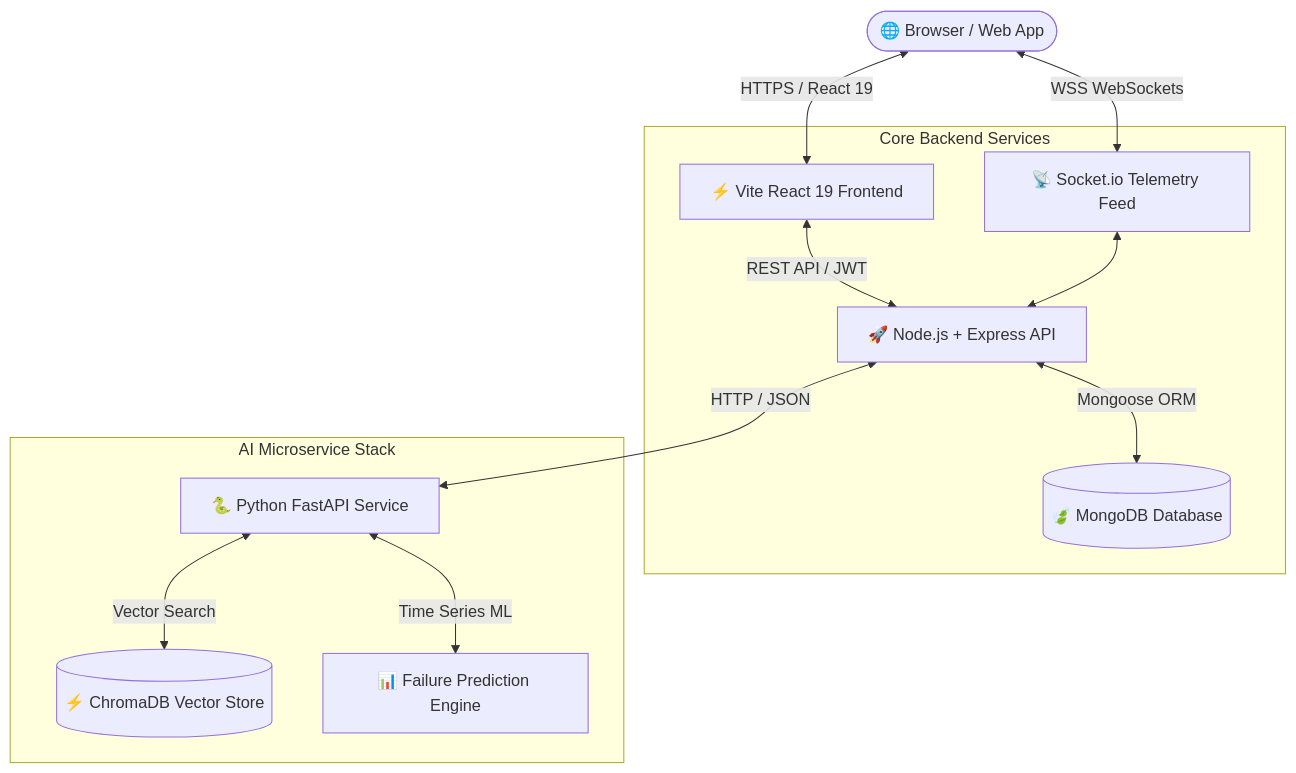
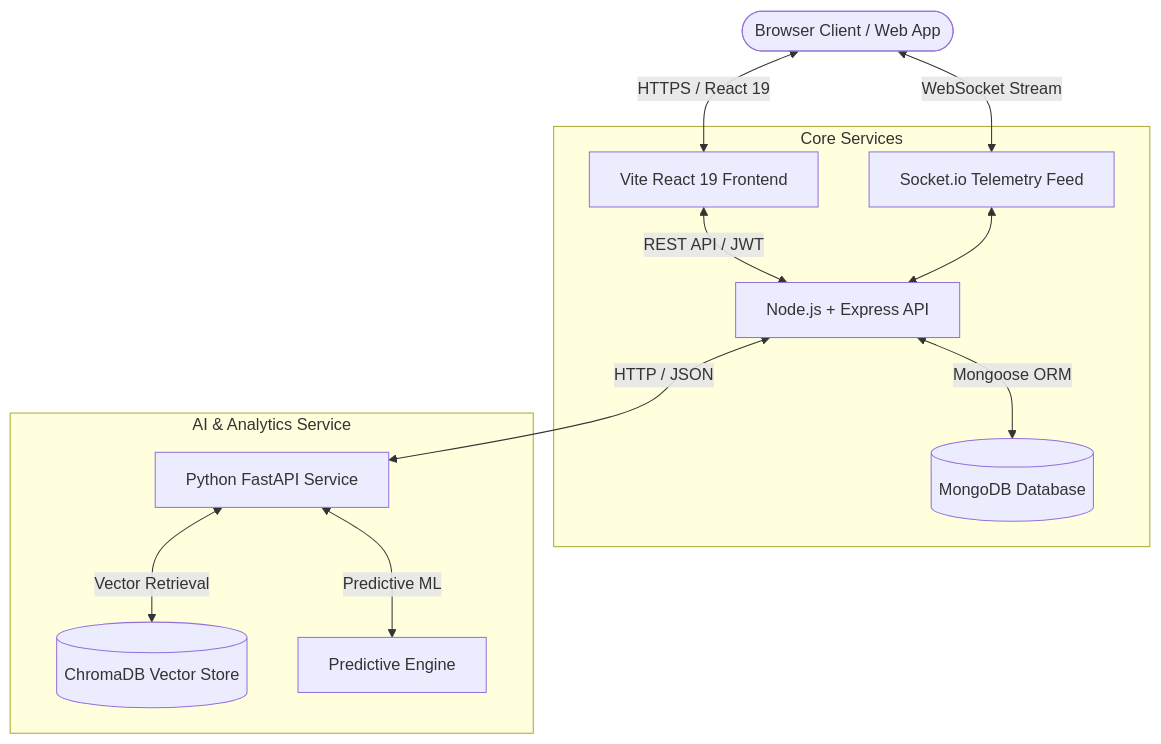
The diagram in README.md (GVBharadwaj18/FleetFlow), drawn with Mermaid before and after one commit. The commit also changed other lines of this file, not shown here.

````diff
--- a/README.md
+++ b/README.md
@@ -31,17 +32,17 @@
 ```mermaid
 graph TD
-    User([🌐 Browser / Web App]) <-->|HTTPS / React 19| Vite[⚡ Vite React 19 Frontend]
-    User <-->|WSS WebSockets| TelemetryStream[📡 Socket.io Telemetry Feed]
+    User([Browser Client / Web App]) <-->|HTTPS / React 19| Vite[Vite React 19 Frontend]
+    User <-->|WebSocket Stream| TelemetryStream[Socket.io Telemetry Feed]
 
-    subgraph Core Backend Services
-        Vite <-->|REST API / JWT| NodeBackend[🚀 Node.js + Express API]
-        NodeBackend <-->|Mongoose ORM| MongoDB[(🍃 MongoDB Database)]
+    subgraph Core Services
+        Vite <-->|REST API / JWT| NodeBackend[Node.js + Express API]
+        NodeBackend <-->|Mongoose ORM| MongoDB[(MongoDB Database)]
         TelemetryStream <--> NodeBackend
     end
 
-    subgraph AI Microservice Stack
-        NodeBackend <-->|HTTP / JSON| FastAPI[🐍 Python FastAPI Service]
-        FastAPI <-->|Vector Search| ChromaDB[(⚡ ChromaDB Vector Store)]
-        FastAPI <-->|Time Series ML| Scikit[📊 Failure Prediction Engine]
+    subgraph AI & Analytics Service
+        NodeBackend <-->|HTTP / JSON| FastAPI[Python FastAPI Service]
+        FastAPI <-->|Vector Retrieval| ChromaDB[(ChromaDB Vector Store)]
+        FastAPI <-->|Predictive ML| Scikit[Predictive Engine]
     end
 ```
````
